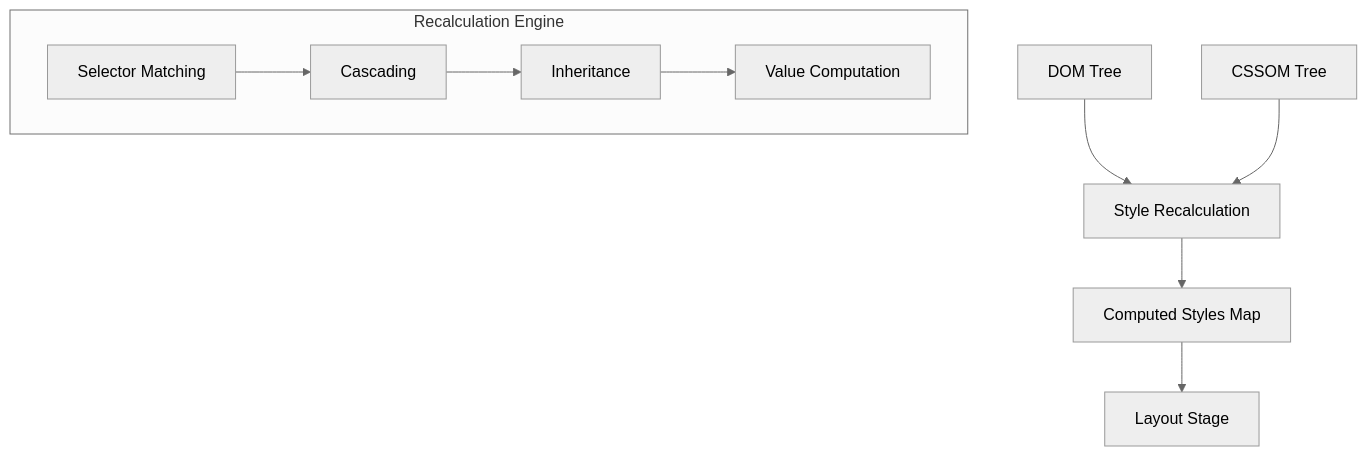
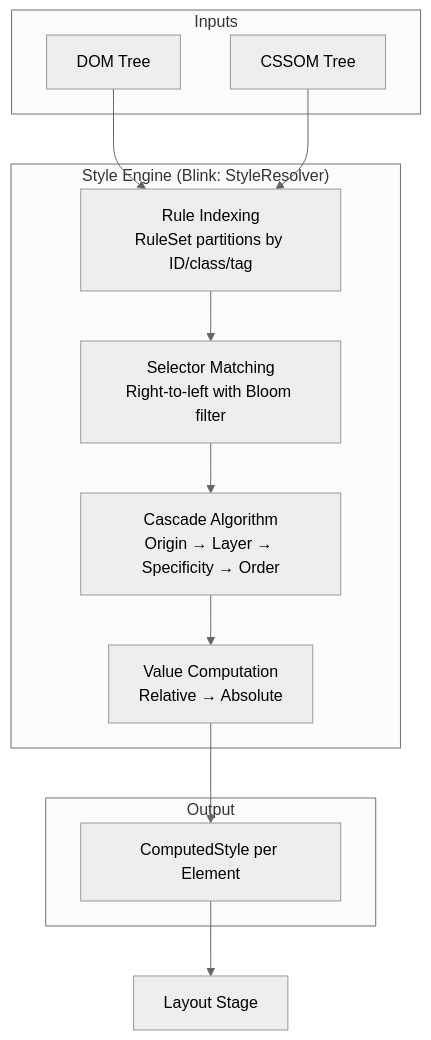
Before and after one commit to sujeet-pro/legacy-personal-site: the diagram in v4/content/articles/browser-runtime-internals/critical-rendering-path/crp-style-recalculation/README.md, drawn with Mermaid (neutral theme). The commit also changed other lines of this file and 115 other files, not shown here.

````diff
--- a/v4/content/articles/browser-runtime-internals/critical-rendering-path/crp-style-recalculation/README.md
+++ b/v4/content/articles/browser-runtime-internals/critical-rendering-path/crp-style-recalculation/README.md
@@ -6,12 +7,26 @@
 ```mermaid
 graph TD
-    DOM[DOM Tree] --> SR[Style Recalculation]
-    CSSOM[CSSOM Tree] --> SR
-    subgraph "Recalculation Engine"
-        SM[Selector Matching] --> C[Cascading]
-        C --> I[Inheritance]
-        I --> CV[Value Computation]
+    subgraph Inputs
+        DOM[DOM Tree]
+        CSSOM[CSSOM Tree]
     end
-    SR --> CS[Computed Styles Map]
+
+    subgraph "Style Engine (Blink: StyleResolver)"
+        RI[Rule Indexing<br/>RuleSet partitions by ID/class/tag]
+        SM[Selector Matching<br/>Right-to-left with Bloom filter]
+        CA[Cascade Algorithm<br/>Origin → Layer → Specificity → Order]
+        VC[Value Computation<br/>Relative → Absolute]
+    end
+
+    subgraph Output
+        CS[ComputedStyle per Element]
+    end
+
+    DOM --> RI
+    CSSOM --> RI
+    RI --> SM
+    SM --> CA
+    CA --> VC
+    VC --> CS
     CS --> Layout[Layout Stage]
 ```
````
